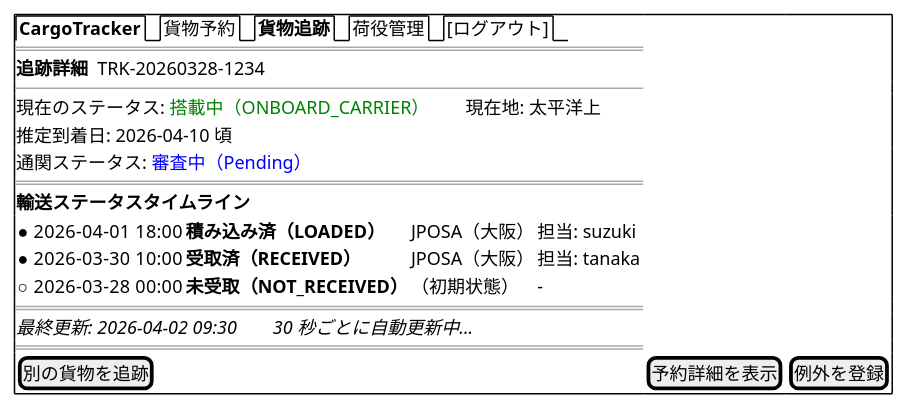
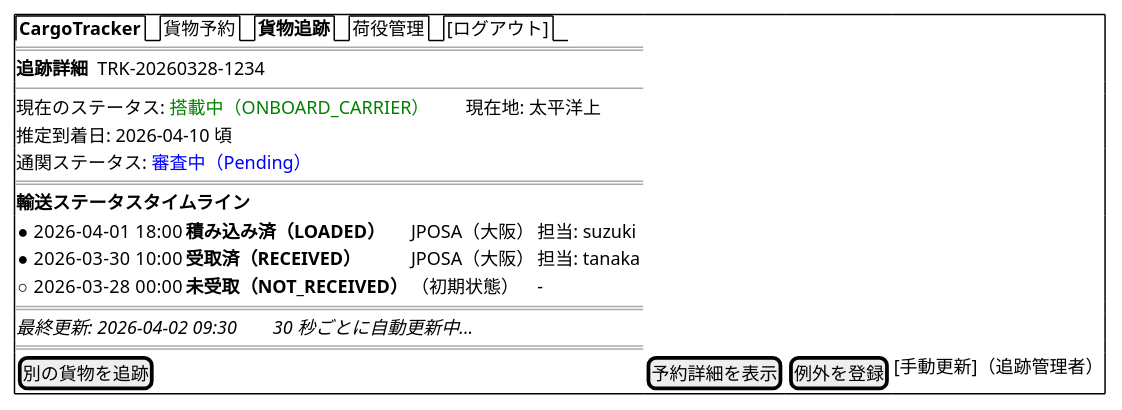
The tenth of 24 diagrams in docs/design/ui_design.md (k2works/case-study-cargo-tracker), drawn with PlantUML before and after one commit. The commit also changed other lines of this file and 8 other files, not shown here.

````diff
--- a/docs/design/ui_design.md
+++ b/docs/design/ui_design.md
@@ -740,24 +740,24 @@
 ```plantuml
 @startsalt
 {+
   {/ <b>CargoTracker</b> | 貨物予約 | <b>貨物追跡</b> | 荷役管理 | [ログアウト] }
   ==
   <b>追跡詳細</b>  TRK-20260328-1234
   --
   現在のステータス: <color:green>搭載中（ONBOARD_CARRIER）</color>　　現在地: 太平洋上
   推定到着日: 2026-04-10 頃
   通関ステータス: <color:blue>審査中（Pending）</color>
   ==
   <b>輸送ステータスタイムライン</b>
   {
     ● 2026-04-01 18:00 | <b>積み込み済（LOADED）</b>   | JPOSA（大阪）  | 担当: suzuki
     ● 2026-03-30 10:00 | <b>受取済（RECEIVED）</b>     | JPOSA（大阪）  | 担当: tanaka
     ○ 2026-03-28 00:00 | <b>未受取（NOT_RECEIVED）</b> | （初期状態）   | -
   }
   ==
   <i>最終更新: 2026-04-02 09:30　　30 秒ごとに自動更新中...</i>
   ==
-  [別の貨物を追跡] | [予約詳細を表示] | [例外を登録]
+  [別の貨物を追跡] | [予約詳細を表示] | [例外を登録] | [手動更新]（追跡管理者）
 }
 @endsalt
 ```
````
